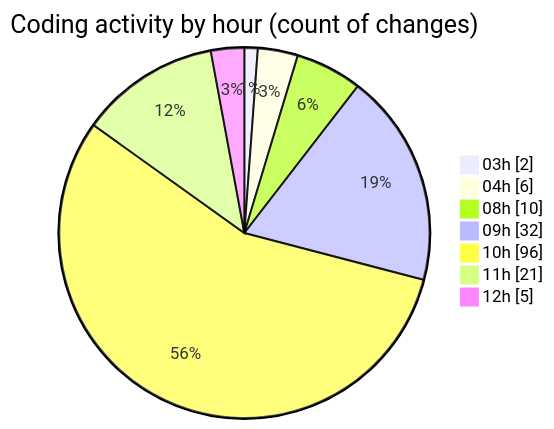
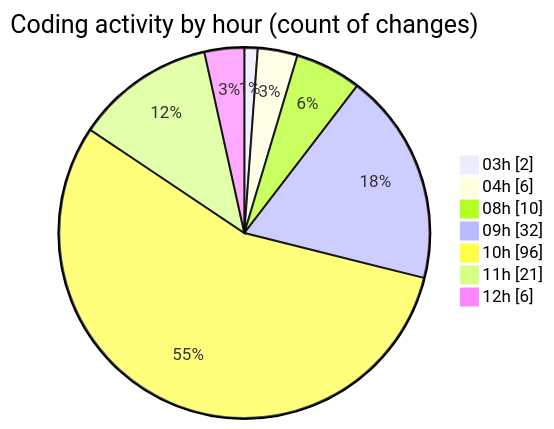
One commit to tmsrecording-cyber/code-tracking changed the second of 2 diagrams in 2026-02-07/singularitybrainai/README.md. Above: the diagram before and after it, drawn with Mermaid. The commit also changed other lines of this file and 1 other file, not shown here.

````diff
--- a/2026-02-07/singularitybrainai/README.md
+++ b/2026-02-07/singularitybrainai/README.md
@@ -51,11 +51,11 @@
 ```mermaid
 pie showData
 title Coding activity by hour (count of changes)
 "03h" : 2
 "04h" : 6
 "08h" : 10
 "09h" : 32
 "10h" : 96
 "11h" : 21
-"12h" : 5
+"12h" : 6
 ```
````
